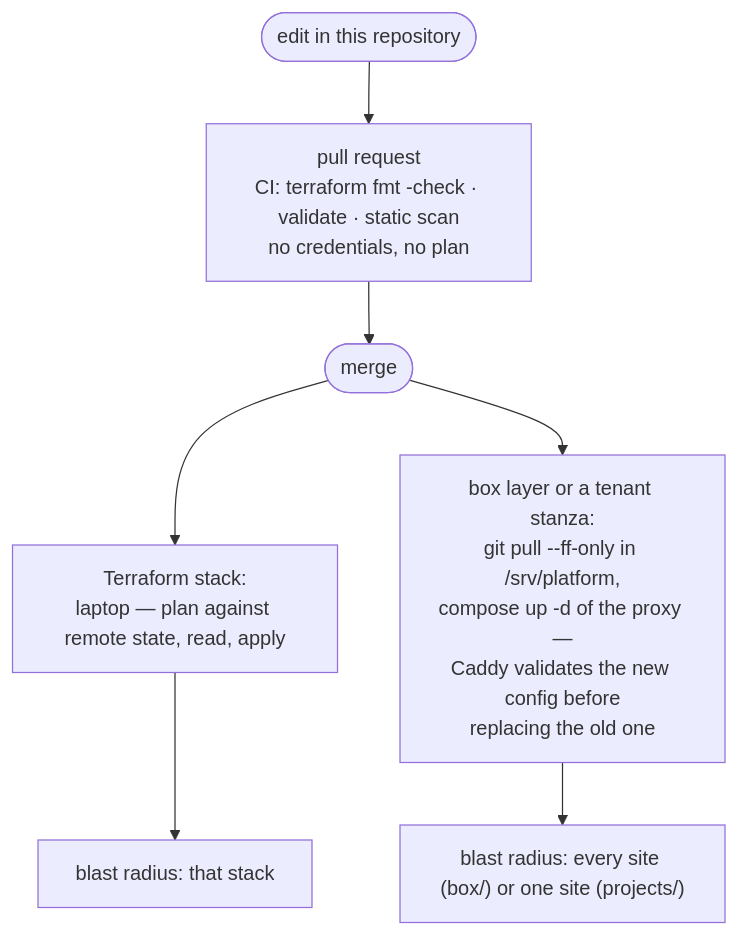
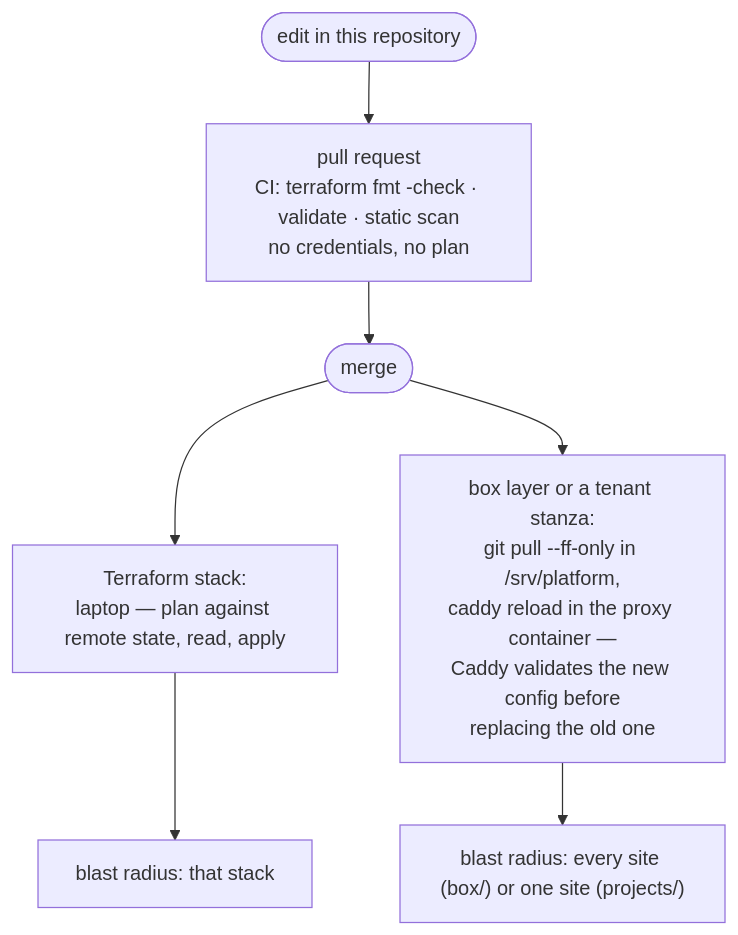
One commit to arda-basarici/platform changed the third of 3 diagrams in ARCHITECTURE.md. Above: the diagram before and after it, drawn with Mermaid. The commit also changed other lines of this file and 2 other files, not shown here.

Commit message:
docs: the reload is the deploy — ARCHITECTURE, DESIGN, add-a-tenant runbook follow the directory-mount ruling

````diff
--- a/ARCHITECTURE.md
+++ b/ARCHITECTURE.md
@@ -118,17 +118,17 @@
 ```mermaid
 %%{init: {"flowchart": {"diagramPadding": 150}}}%%
 flowchart TD
     EDIT([edit in this repository]) --> PR["`pull request
     CI: terraform fmt -check · validate · static scan
     no credentials, no plan`"]
     PR --> MERGE([merge])
     MERGE --> TF["`Terraform stack:
     laptop — plan against remote state, read, apply`"]
     MERGE --> BOX["`box layer or a tenant stanza:
     git pull --ff-only in /srv/platform,
-    compose up -d of the proxy —
+    caddy reload in the proxy container —
     Caddy validates the new config before
     replacing the old one`"]
     TF --> R1["blast radius: that stack"]
     BOX --> R2["blast radius: every site (box/) or one site (projects/)"]
 ```
````
